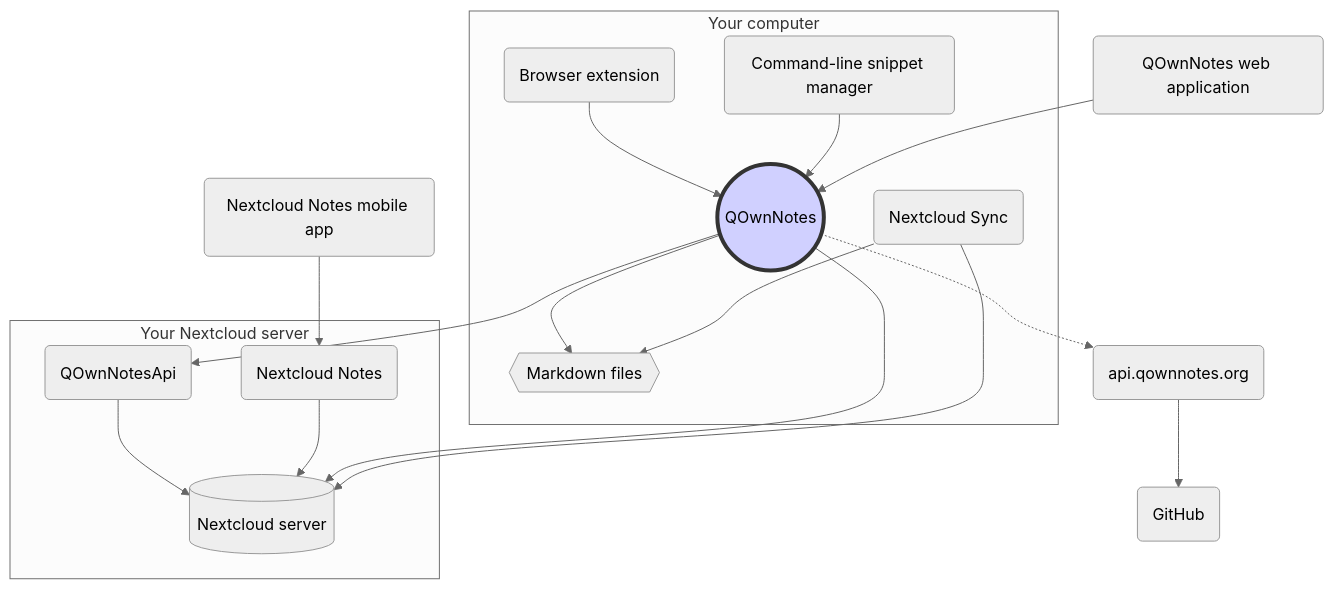
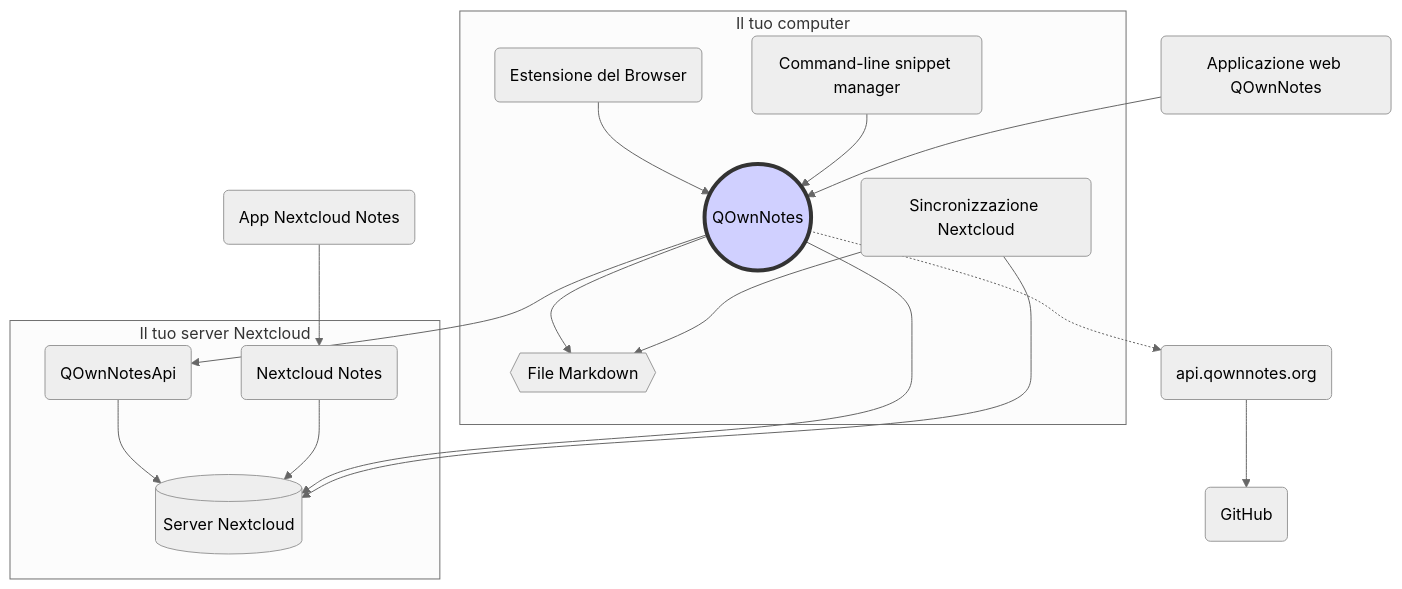
The diagram in webpage/src/it/getting-started/concept.md (pbek/QOwnNotes), drawn with Mermaid (neutral theme) before and after one commit. The commit also changed other lines of this file and 14 other files, not shown here.

````diff
--- a/webpage/src/it/getting-started/concept.md
+++ b/webpage/src/it/getting-started/concept.md
@@ -3,34 +3,34 @@
 ```mermaid
 graph TB
-    subgraph Your computer
-        qon((QOwnNotes))-->md{{"Markdown files"}}
-        sync("Nextcloud Sync")-->md
-        qon-comp("Browser extension")-->qon
+    subgraph Il tuo computer
+        qon((QOwnNotes))-->md{{"File Markdown"}}
+        sync("Sincronizzazione Nextcloud")-->md
+        qon-comp("Estensione del Browser")-->qon
         qc("Command-line snippet manager")-->qon
     end
-    subgraph Your Nextcloud server
-        qon-api("QOwnNotesApi")-->ncs[("Nextcloud server")]
+    subgraph Il tuo server Nextcloud
+        qon-api("QOwnNotesApi")-->ncs[("Server Nextcloud")]
         nc-notes-app("Nextcloud Notes")-->ncs
     end
 
-    nc-notes-mob("Nextcloud Notes mobile app")-->nc-notes-app
-    qon-web-app("QOwnNotes web application")-->qon
+    nc-notes-mob("App Nextcloud Notes")-->nc-notes-app
+    qon-web-app("Applicazione web QOwnNotes")-->qon
     qon-->qon-api
     qon-->ncs
     sync-->ncs
     qon-.->qon-web-api("api.qownnotes.org")
     qon-web-api-->github("GitHub")
 
     style qon fill:#d0d0ff,stroke:#333,stroke-width:4px
-    click qon "/getting-started/concept.html#qownnotes" "QOwnNotes Desktop Application for managing your notes on your desktop computer"
-    click md "/getting-started/concept.html#markdown-note-files" "Markdown, media and attachment files in your note folder"
-    click qon-comp "/getting-started/concept.html#qownnotes-browser-extension" "QOwnNotes browser extension for managing bookmarks in markdown files and as web clipper"
-    click qc "/getting-started/concept.html#qownnotes-command-line-snippet-manager" "QOwnNotes command-line snippet manager"
-    click sync "/getting-started/concept.html#nextcloud-desktop-sync-client" "Nextcloud desktop sync client to sync your notes to your server"
-    click ncs "/getting-started/concept.html#nextcloud-server" "Nextcloud server to host your notes and other files"
-    click qon-api "/getting-started/concept.html#qownnotesapi-nextcloud-app" "QOwnNotesAPI Nextcloud app to access your server-side trash and note versions"
-    click nc-notes-app "/getting-started/concept.html#nextcloud-notes-server-app" "Nextcloud Notes server app to manage your notes in the web"
-    click nc-notes-mob "/getting-started/concept.html#nextcloud-notes-mobile-app" "Nextcloud Notes mobile app to manage your notes on your mobile phone"
-    click qon-web-app "/getting-started/concept.html#qownnotes-web-app" "QOwnNotes Web App to send photos from your mobile phone"
+    click qon "/getting-started/concept.html#qownnotes" "QOwnNotes applicazione desktop per gestire le tue note sul tuo computer"
+    click md "/getting-started/concept.html#markdown-note-files" "Markdown, file multimediali e allegati nella tua cartella note"
+    click qon-comp "/getting-started/concept.html#qownnotes-browser-extension" "Estensione del browser QOwnNotes per gestire i segnalibri i file Markdown e come strumento di ritaglio"
+    click qc "/getting-started/concept.html#qownnotes-command-line-snippet-manager" "Gestore dei comandi parziali QOwnNotes"
+    click sync "/getting-started/concept.html#nextcloud-desktop-sync-client" "Client di sincronizzazione desktop Nextcloud per sincronizzare le tue note col tuo server"
+    click ncs "/getting-started/concept.html#nextcloud-server" "Server Nextcloud per ospitare le tue note e i tuoi file"
+    click qon-api "/getting-started/concept.html#qownnotesapi-nextcloud-app" "App QOwnNotesAPI Nextcloud per accedere al cestino sul server e al versionamento delle note"
+    click nc-notes-app "/getting-started/concept.html#nextcloud-notes-server-app" "App server Nextcloud Notes per gestire le tue note sul web"
+    click nc-notes-mob "/getting-started/concept.html#nextcloud-notes-mobile-app" "App Nextcloud Notes per gestire le tue note sul telefono cellulare"
+    click qon-web-app "/getting-started/concept.html#qownnotes-web-app" "Applicazione web QOwnNotes per inviare foto dal tuo telefono cellulare"
     click qon-web-api "/getting-started/concept.html#api-qownnotes-org"
 ```
````
